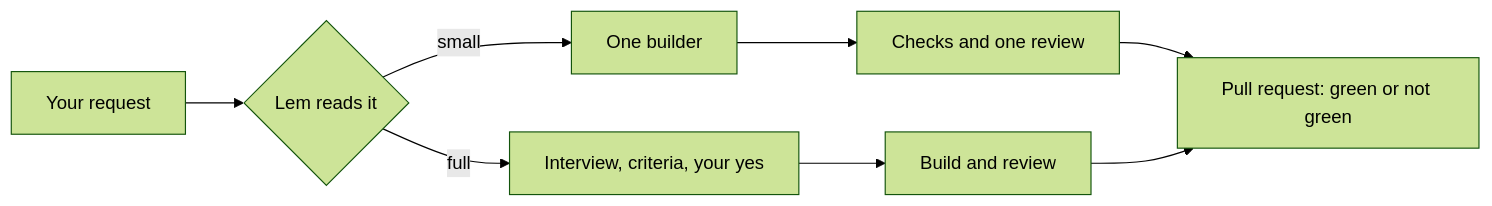
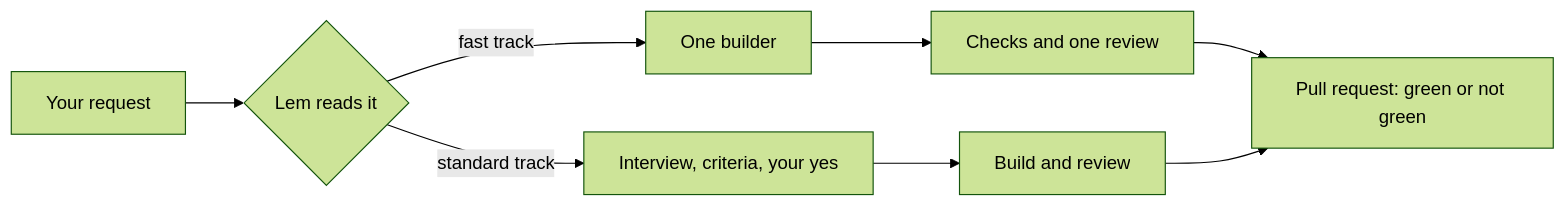
The diagram in README.md (pySilver/lem), drawn with Mermaid (forest theme) before and after one commit. The commit also changed other lines of this file and 5 other files, not shown here.

First line of the commit message:
docs: the README and the guides name the fast track and the standard track

````diff
--- a/README.md
+++ b/README.md
@@ -27,10 +31,10 @@
 ```mermaid
 flowchart LR
   request[Your request] --> read{Lem reads it}
-  read -->|small| builder[One builder]
+  read -->|fast track| builder[One builder]
   builder --> checks[Checks and one review]
-  read -->|full| talk[Interview, criteria, your yes]
+  read -->|standard track| talk[Interview, criteria, your yes]
   talk --> build[Build and review]
   checks --> pr[Pull request: green or not green]
   build --> pr
 ```
````
